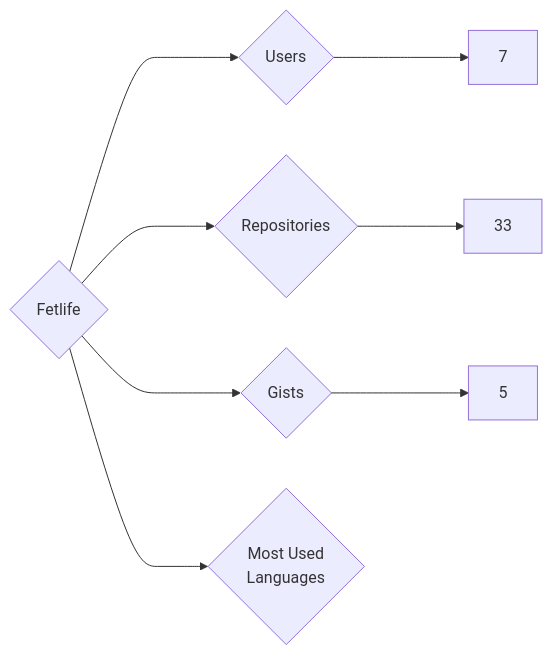
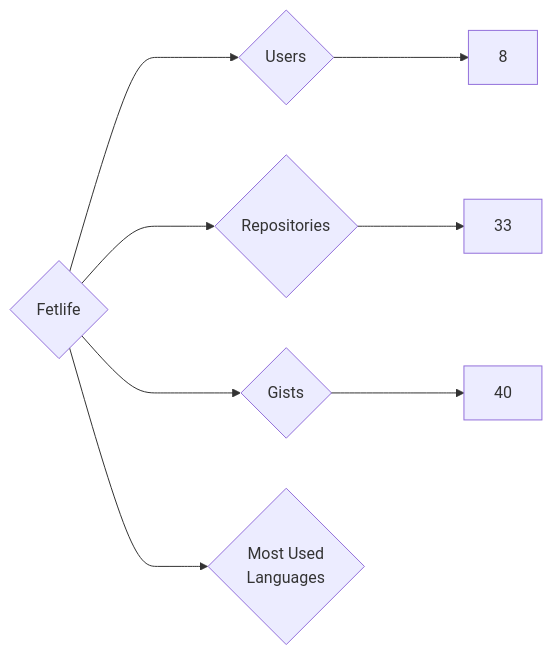
Before and after one commit to nenadzaric/insiders: the diagram in targets/Fetlife/README.md, drawn with Mermaid. The commit also changed 1342 other files, not shown here.

````diff
--- a/targets/Fetlife/README.md
+++ b/targets/Fetlife/README.md
@@ -3,8 +3,8 @@
 ```mermaid
 graph LR
 COMPANY_NAME{Fetlife}
-COMPANY_NAME ---> U{Users} ---> UN[7]
+COMPANY_NAME ---> U{Users} ---> UN[8]
 COMPANY_NAME ---> R{Repositories} ---> RN[33]
-COMPANY_NAME ---> G{Gists} ---> GN[5]
+COMPANY_NAME ---> G{Gists} ---> GN[40]
 COMPANY_NAME ---> ML{Most Used<br>Languages}
 ```
````
